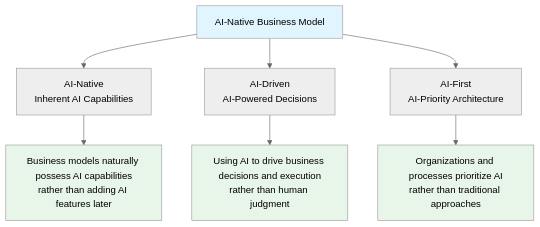
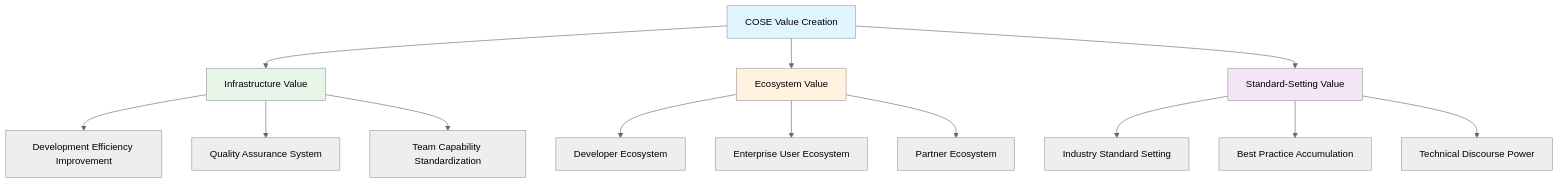
The second of 3 diagrams in README_EN.md (Deepractice/COSE), drawn with Mermaid (neutral theme) before and after one commit. The commit also changed other lines of this file and 6 other files, not shown here.

````diff
--- a/README_EN.md
+++ b/README_EN.md
@@ -33,15 +78,23 @@
 ```mermaid
 graph TD
-    A[AI-Native Business Model] --> B[AI-Native<br/>Inherent AI Capabilities]
-    A --> C[AI-Driven<br/>AI-Powered Decisions]
-    A --> D[AI-First<br/>AI-Priority Architecture]
+    A[COSE Value Creation] --> B[Infrastructure Value]
+    A --> C[Ecosystem Value]
+    A --> D[Standard-Setting Value]
     
-    B --> E[Business models naturally possess AI capabilities<br/>rather than adding AI features later]
-    C --> F[Using AI to drive business decisions and execution<br/>rather than human judgment]
-    D --> G[Organizations and processes prioritize AI<br/>rather than traditional approaches]
+    B --> B1[Development Efficiency Improvement]
+    B --> B2[Quality Assurance System]
+    B --> B3[Team Capability Standardization]
+    
+    C --> C1[Developer Ecosystem]
+    C --> C2[Enterprise User Ecosystem]
+    C --> C3[Partner Ecosystem]
+    
+    D --> D1[Industry Standard Setting]
+    D --> D2[Best Practice Accumulation]
+    D --> D3[Technical Discourse Power]
     
     style A fill:#e1f5fe
-    style E fill:#e8f5e9
-    style F fill:#e8f5e9
-    style G fill:#e8f5e9
+    style B fill:#e8f5e9
+    style C fill:#fff3e0
+    style D fill:#f3e5f5
 ```
````
